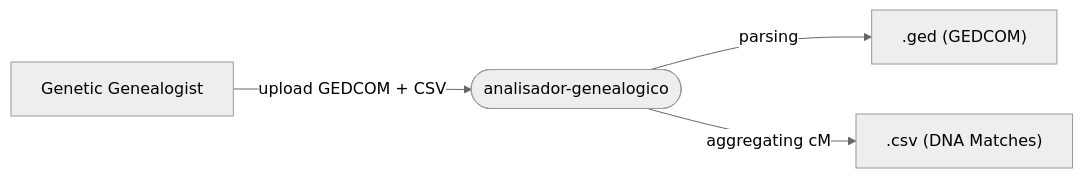
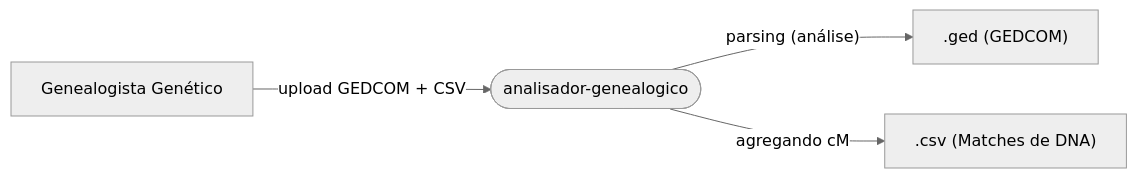
Before and after one commit to Adriano1976/reversa-analisador-genealogico: the diagram in README.md, drawn with Mermaid (neutral theme). The commit also changed other lines of this file, not shown here.

````diff
--- a/README.md
+++ b/README.md
@@ -31,11 +31,11 @@
 ```mermaid
 flowchart LR
-    U["Genetic Genealogist"]
+    U["Genealogista Genético"]
     S(["analisador-genealogico"])
     C1[".ged (GEDCOM)"]:::ext
-    C2[".csv (DNA Matches)"]:::ext
+    C2[".csv (Matches de DNA)"]:::ext
 
     U -->|"upload GEDCOM + CSV"| S
-    S -->|"parsing"| C1
-    S -->|"aggregating cM"| C2
+    S -->|"parsing (análise)"| C1
+    S -->|"agregando cM"| C2
 ```
````
